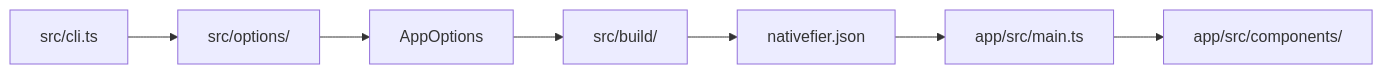
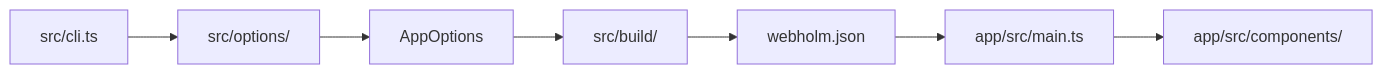
The first of 2 diagrams in docs/architecture.md (sbalyakin/nativefier), drawn with Mermaid before and after one commit. The commit also changed other lines of this file and 78 other files, not shown here.

First line of the commit message:
refactoring: Rename Nativefier product to Webholm

````diff
--- a/docs/architecture.md
+++ b/docs/architecture.md
@@ -83,9 +83,9 @@
 ```mermaid
 flowchart LR
   Cli["src/cli.ts"] --> Options["src/options/"]
   Options --> AppOptions["AppOptions"]
   AppOptions --> Builder["src/build/"]
-  Builder --> Json["nativefier.json"]
+  Builder --> Json["webholm.json"]
   Json --> Main["app/src/main.ts"]
   Main --> Components["app/src/components/"]
 ```
````
